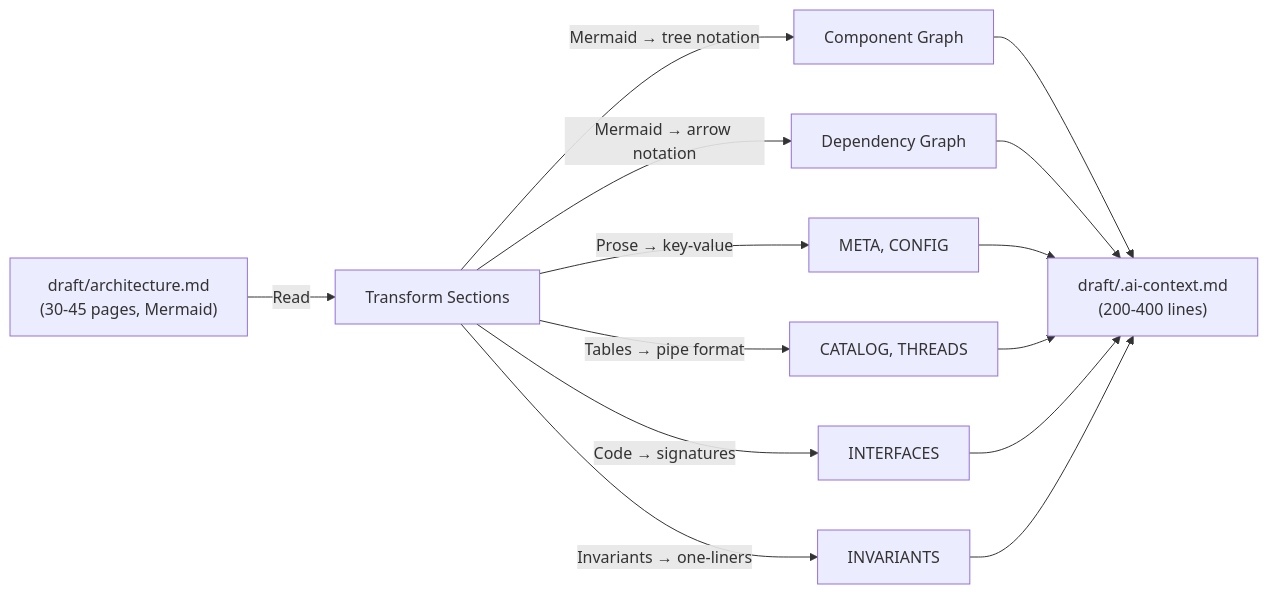
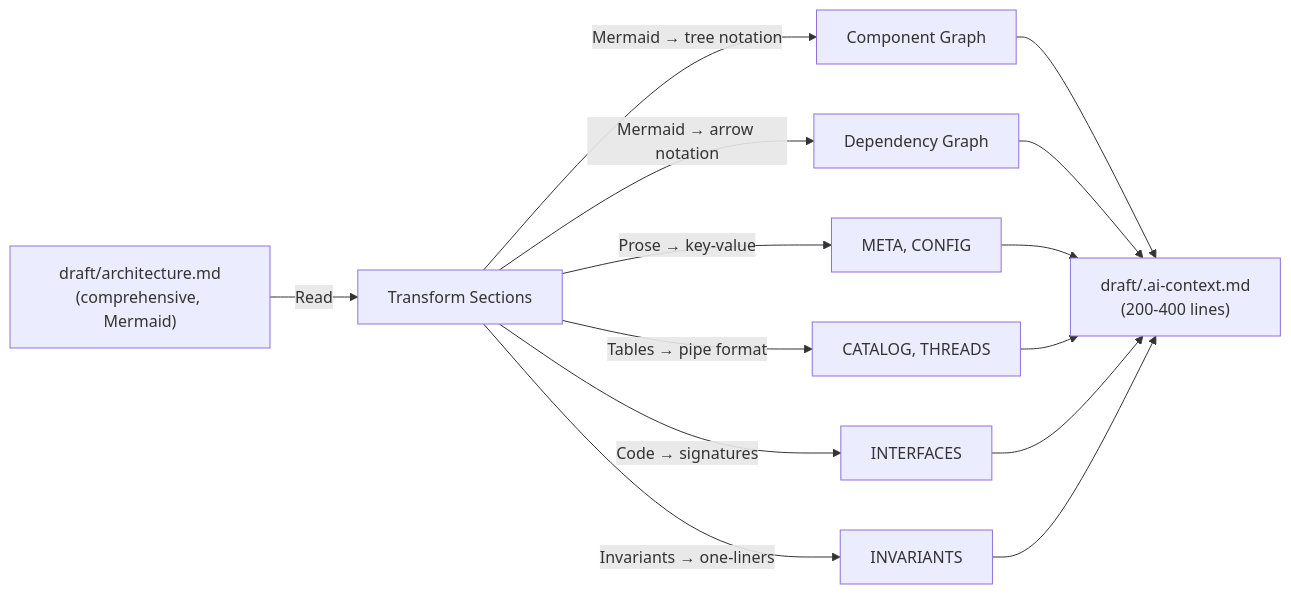
Before and after one commit to mayurpise/draft: the fifth of 9 diagrams in draft/architecture.md, drawn with Mermaid. The commit also changed other lines of this file and 10 other files, not shown here.

````diff
--- a/draft/architecture.md
+++ b/draft/architecture.md
@@ -321,16 +321,16 @@
 ```mermaid
 flowchart LR
-    A["draft/architecture.md\n(30-45 pages, Mermaid)"] -->|"Read"| B["Transform Sections"]
+    A["draft/architecture.md\n(comprehensive, Mermaid)"] -->|"Read"| B["Transform Sections"]
     B -->|"Mermaid → tree notation"| C["Component Graph"]
     B -->|"Mermaid → arrow notation"| D["Dependency Graph"]
     B -->|"Prose → key-value"| E["META, CONFIG"]
     B -->|"Tables → pipe format"| F["CATALOG, THREADS"]
     B -->|"Code → signatures"| G["INTERFACES"]
     B -->|"Invariants → one-liners"| H["INVARIANTS"]
     C --> I["draft/.ai-context.md\n(200-400 lines)"]
     D --> I
     E --> I
     F --> I
     G --> I
     H --> I
 ```
````
